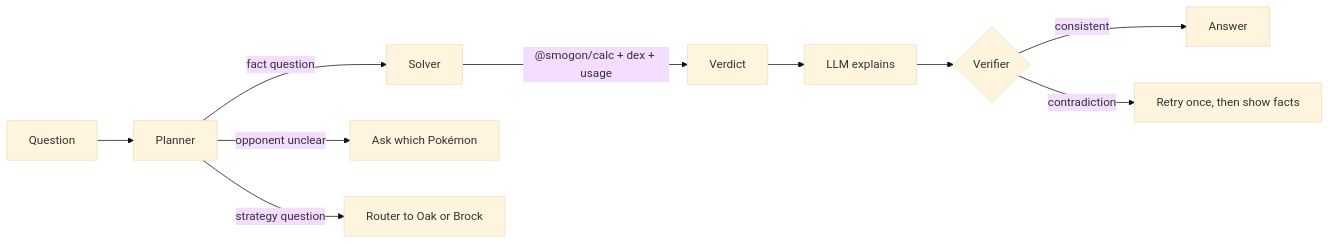
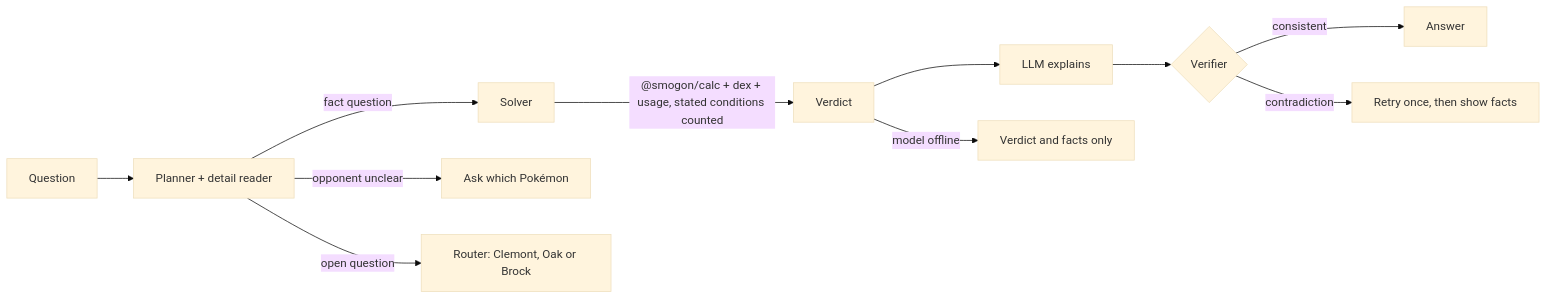
The first of 2 diagrams in README.md (NamikazeAsh/MetaMatch), drawn with Mermaid (base theme) before and after one commit. The commit also changed other lines of this file, not shown here.

Commit message:
Update the README chat flow and architecture diagrams

````diff
--- a/README.md
+++ b/README.md
@@ -119,12 +119,13 @@
 ```mermaid
 graph LR
-    Q["Question"] --> P["Planner"]
+    Q["Question"] --> P["Planner + detail reader"]
     P -->|fact question| S["Solver"]
-    S -->|"@smogon/calc + dex + usage"| V["Verdict"]
+    S -->|"@smogon/calc + dex + usage, stated conditions counted"| V["Verdict"]
     V --> L["LLM explains"]
     L --> C{"Verifier"}
     C -->|consistent| A["Answer"]
     C -->|contradiction| R["Retry once, then show facts"]
+    V -->|model offline| F["Verdict and facts only"]
     P -->|opponent unclear| Q2["Ask which Pokémon"]
-    P -->|strategy question| G["Router to Oak or Brock"]
+    P -->|open question| G["Router: Clemont, Oak or Brock"]
 ```
````
